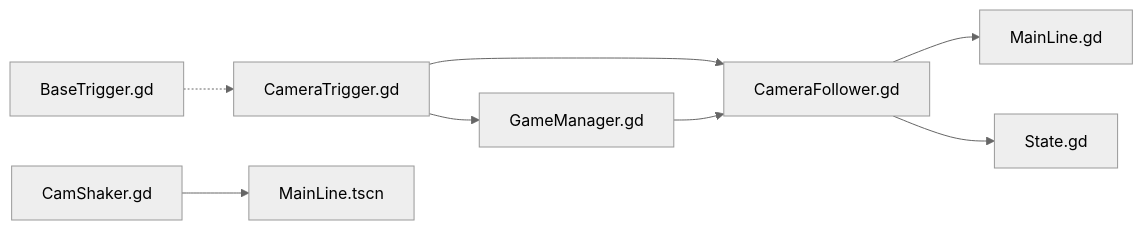
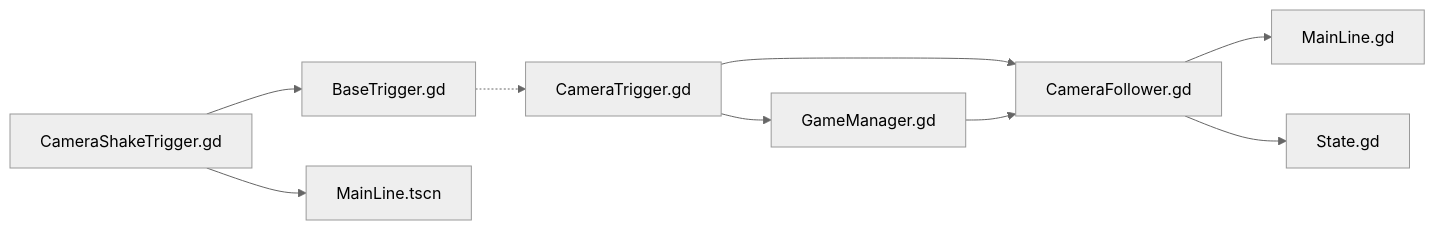
The seventh of 7 diagrams in .qoder/repowiki/zh/content/游戏系统/触发器系统/相机触发器.md (godotline/godot-line), drawn with Mermaid (neutral theme) before and after one commit. The commit also changed other lines of this file and 17 other files, not shown here.

````diff
--- a/.qoder/repowiki/zh/content/游戏系统/触发器系统/相机触发器.md
+++ b/.qoder/repowiki/zh/content/游戏系统/触发器系统/相机触发器.md
@@ -372,10 +392,11 @@
 ```mermaid
 graph LR
 CT["CameraTrigger.gd"] --> GM["GameManager.gd"]
 CT --> CF["CameraFollower.gd"]
 CF --> ML["MainLine.gd"]
 CF --> ST["State.gd"]
 GM --> CF
-CS["CamShaker.gd"] --> SCN["MainLine.tscn"]
-BT["BaseTrigger.gd"] -.-> CT
+CST["CameraShakeTrigger.gd"] --> BT["BaseTrigger.gd"]
+CST --> SCN["MainLine.tscn"]
+BT -.-> CT
 ```
````
